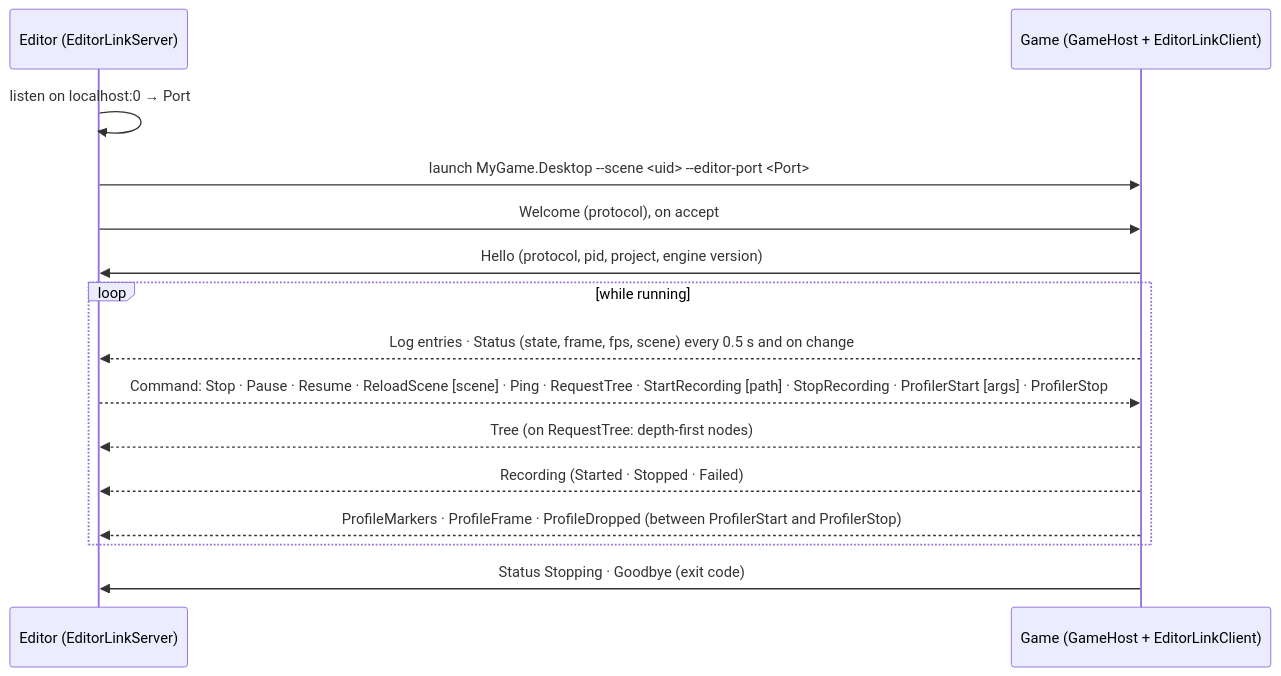
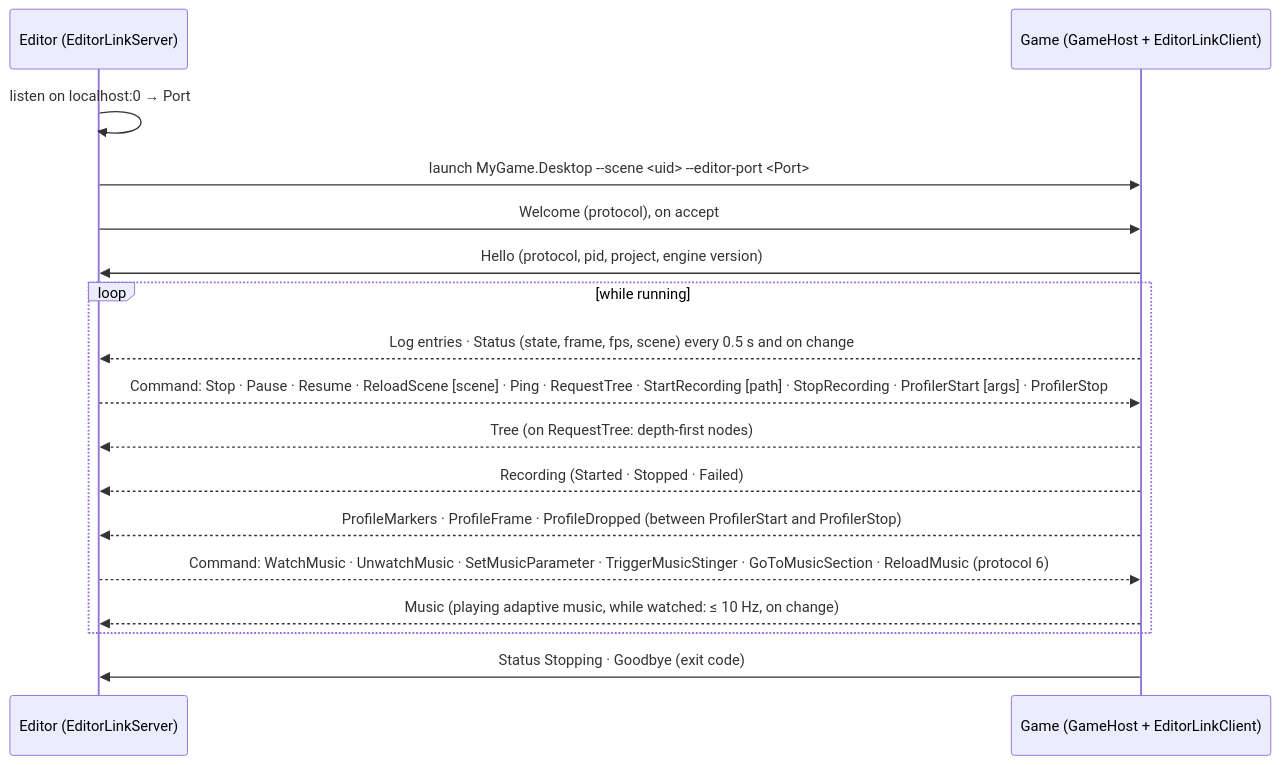
The second of 2 diagrams in docs/design/project-and-gamehost.md (Mainframe-Games/mainframe-engine), drawn with Mermaid before and after one commit. The commit also changed other lines of this file and 112 other files, not shown here.

First line of the commit message:
Audio: adaptive music A6 — editor link, overlay Music panel, Demo scene (#149)

````diff
--- a/docs/design/project-and-gamehost.md
+++ b/docs/design/project-and-gamehost.md
@@ -557,17 +557,19 @@
 ```mermaid
 sequenceDiagram
     participant E as Editor (EditorLinkServer)
     participant G as Game (GameHost + EditorLinkClient)
     E->>E: listen on localhost:0 → Port
     E->>G: launch MyGame.Desktop --scene <uid> --editor-port <Port>
     E->>G: Welcome (protocol), on accept
     G->>E: Hello (protocol, pid, project, engine version)
     loop while running
         G-->>E: Log entries · Status (state, frame, fps, scene) every 0.5 s and on change
         E-->>G: Command: Stop · Pause · Resume · ReloadScene [scene] · Ping · RequestTree · StartRecording [path] · StopRecording · ProfilerStart [args] · ProfilerStop
         G-->>E: Tree (on RequestTree: depth-first nodes)
         G-->>E: Recording (Started · Stopped · Failed)
         G-->>E: ProfileMarkers · ProfileFrame · ProfileDropped (between ProfilerStart and ProfilerStop)
+        E-->>G: Command: WatchMusic · UnwatchMusic · SetMusicParameter · TriggerMusicStinger · GoToMusicSection · ReloadMusic (protocol 6)
+        G-->>E: Music (playing adaptive music, while watched: ≤ 10 Hz, on change)
     end
     G->>E: Status Stopping · Goodbye (exit code)
 ```
````
